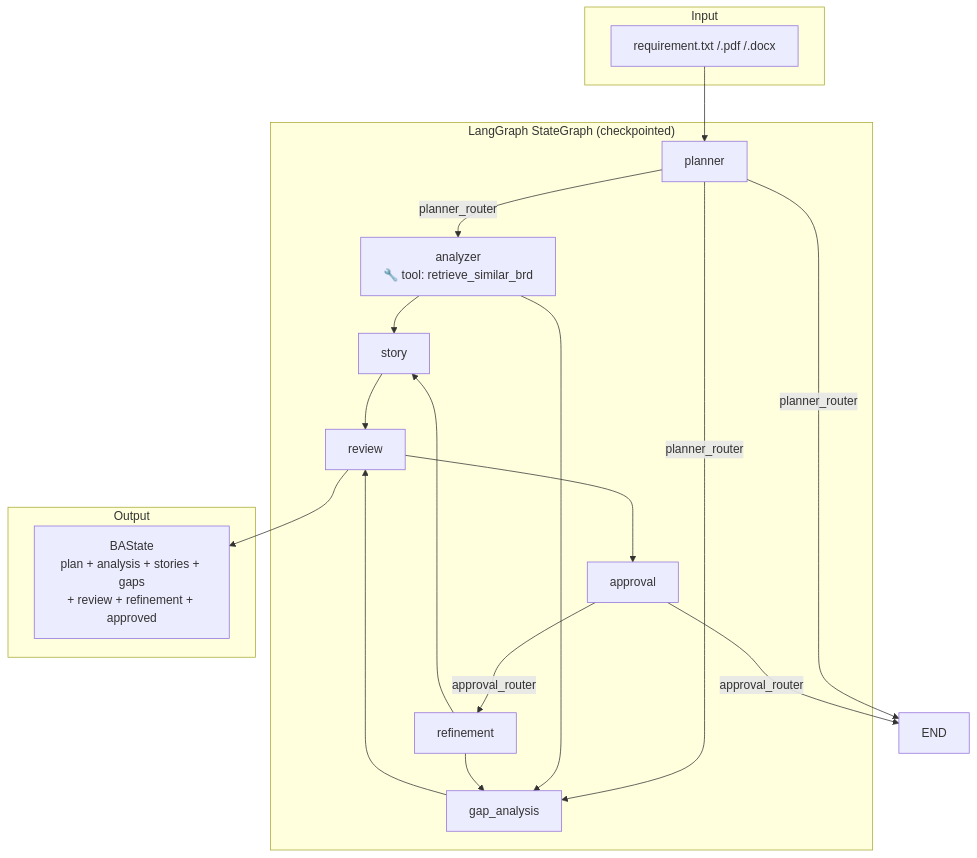
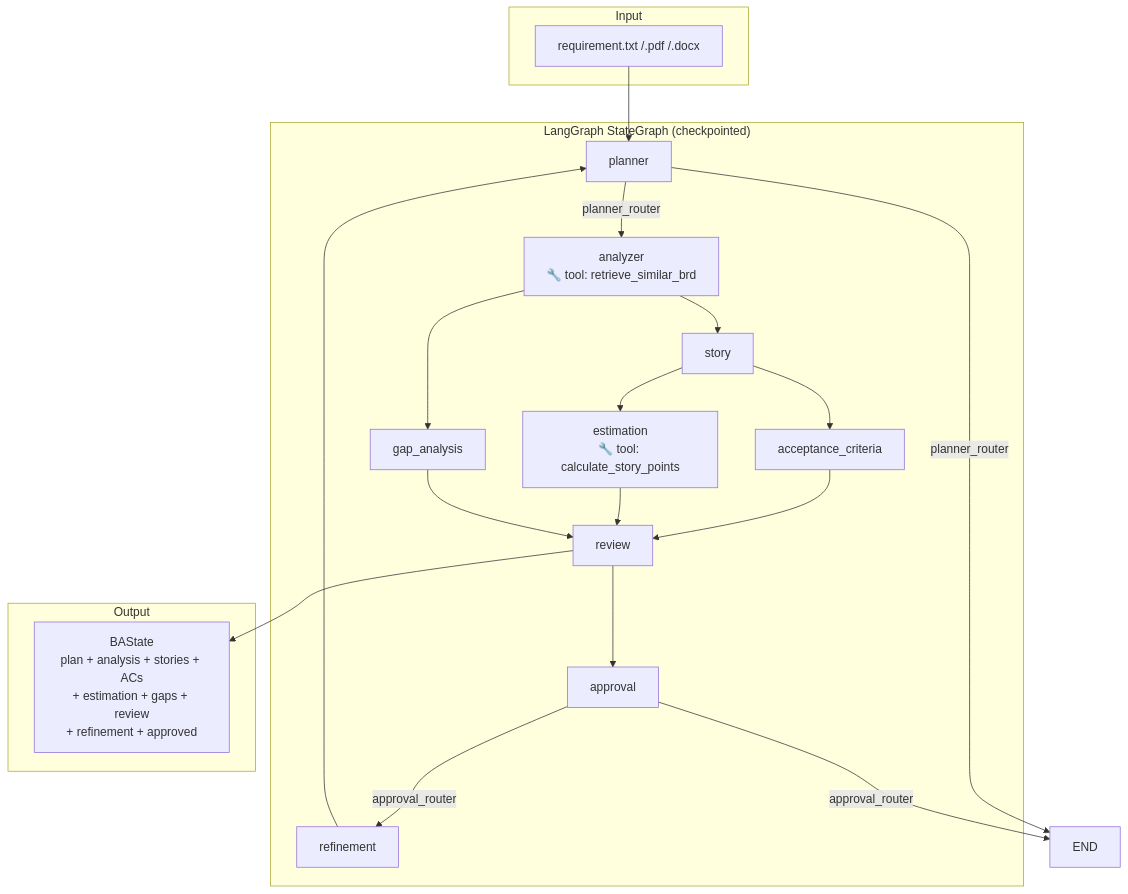
The first of 2 diagrams in BA_Copilot_V3/ARCHITECTURE.md (robocop24/ba-copilot), drawn with Mermaid before and after one commit. The commit also changed other lines of this file and 35 other files, not shown here.

Commit message:
feat: add acceptance_criteria node, fix planner context, typo fixes, update docs

````diff
--- a/BA_Copilot_V3/ARCHITECTURE.md
+++ b/BA_Copilot_V3/ARCHITECTURE.md
@@ -11,35 +11,38 @@
 ```mermaid
 graph TD
     subgraph Input
         A[requirement.txt /.pdf /.docx]
     end
 
     subgraph "LangGraph StateGraph (checkpointed)"
         P[planner]
         AN[analyzer<br/>🔧 tool: retrieve_similar_brd]
         G[gap_analysis]
         S[story]
+        AC[acceptance_criteria]
+        EST[estimation<br/>🔧 tool: calculate_story_points]
         R[review]
         AP[approval]
         RF[refinement]
     end
 
     subgraph Output
-        O[BAState<br/>plan + analysis + stories + gaps<br/>+ review + refinement + approved]
+        O[BAState<br/>plan + analysis + stories + ACs<br/>+ estimation + gaps + review<br/>+ refinement + approved]
     end
 
     A --> P
     P -->|planner_router| AN
-    P -->|planner_router| G
     P -->|planner_router| END
     AN --> S
     AN --> G
-    S --> R
+    S --> AC
+    S --> EST
+    AC --> R
+    EST --> R
     G --> R
     R --> AP
     AP -->|approval_router| RF
     AP -->|approval_router| END
-    RF --> S
-    RF --> G
+    RF --> P
     R --> O
 ```
````
